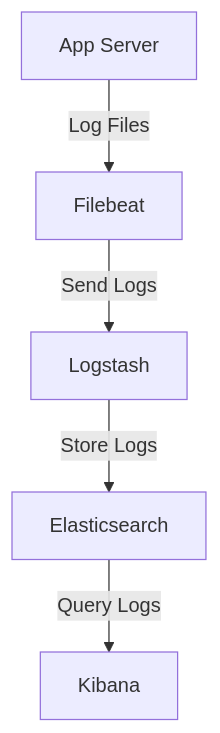
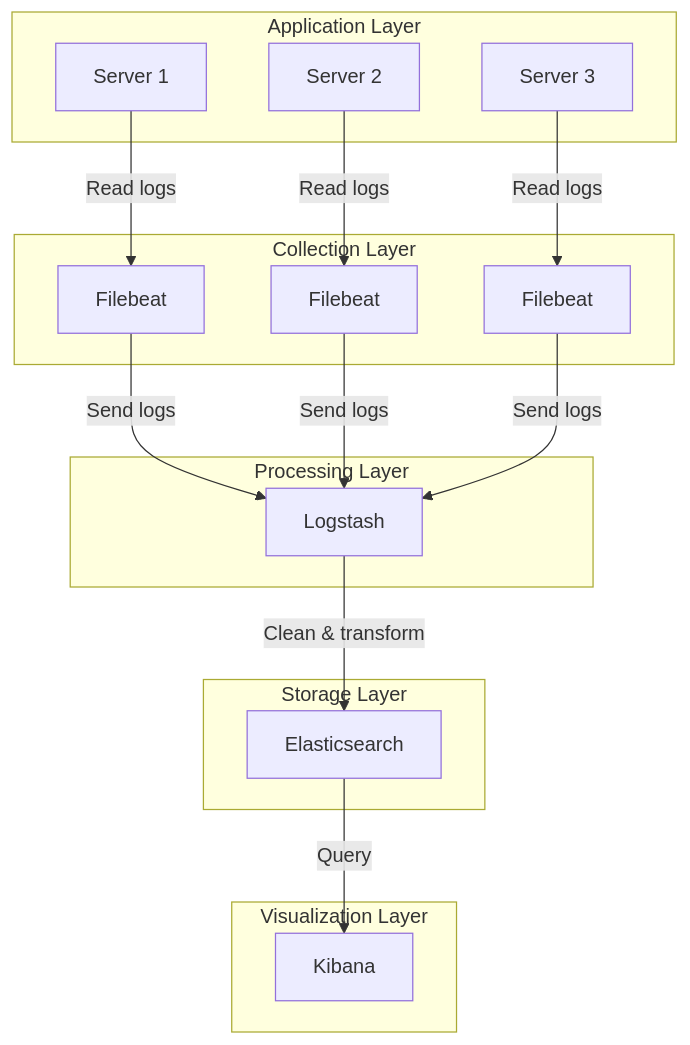
One commit to zhangshichuan/maxzhang.site changed the first of 3 diagrams in articles/en/nodejs-logging-monitoring-guide.mdx. Above: the diagram before and after it, drawn with Mermaid. The commit also changed other lines of this file and 5 other files, not shown here.

````diff
--- a/articles/en/nodejs-logging-monitoring-guide.mdx
+++ b/articles/en/nodejs-logging-monitoring-guide.mdx
@@ -352,7 +1071,38 @@
 ```mermaid
 flowchart TD
-		A[App Server] -->|Log Files| B[Filebeat]
-		B -->|Send Logs| C[Logstash]
-		C -->|Store Logs| D[Elasticsearch]
-		D -->|Query Logs| E[Kibana]
+    subgraph ApplicationLayer ["Application Layer"]
+        A1[Server 1]
+        A2[Server 2]
+        A3[Server 3]
+    end
+
+    subgraph CollectionLayer ["Collection Layer"]
+        B1[Filebeat]
+        B2[Filebeat]
+        B3[Filebeat]
+    end
+
+    subgraph ProcessingLayer ["Processing Layer"]
+        C[Logstash]
+    end
+
+    subgraph StorageLayer ["Storage Layer"]
+        D[Elasticsearch]
+    end
+
+    subgraph VisualizationLayer ["Visualization Layer"]
+        E[Kibana]
+    end
+
+    A1 -->|Read logs| B1
+    A2 -->|Read logs| B2
+    A3 -->|Read logs| B3
+
+    B1 -->|Send logs| C
+    B2 -->|Send logs| C
+    B3 -->|Send logs| C
+
+    C -->|Clean & transform| D
+
+    D -->|Query| E
 ```
````
